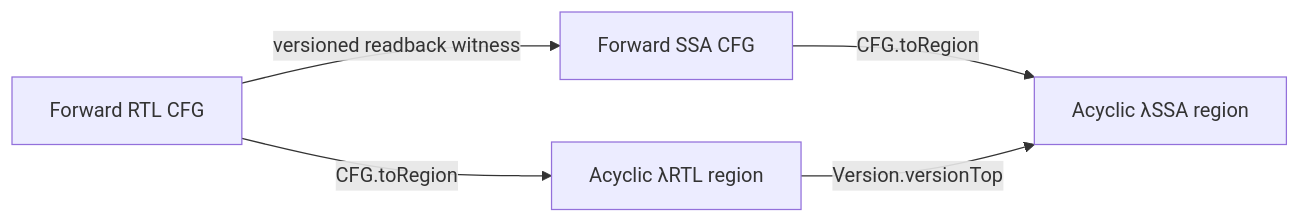
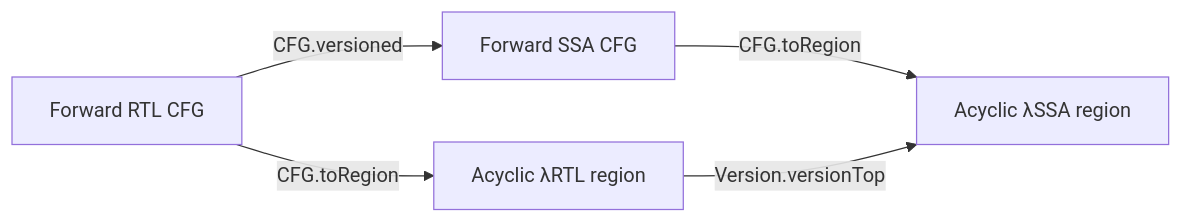
One commit to alethkit/silmaril-lean changed the diagram in docs/projects/lambda-iter-family.md. Above: the diagram before and after it, drawn with Mermaid. The commit also changed other lines of this file and 4 other files, not shown here.

Commit message:
Generate versioned SSA targets for forward flat CFGs (#3250)

````diff
--- a/docs/projects/lambda-iter-family.md
+++ b/docs/projects/lambda-iter-family.md
@@ -39,7 +39,7 @@
 ```mermaid
 flowchart LR
-  A["Forward RTL CFG"] -->|"versioned readback witness"| B["Forward SSA CFG"]
+  A["Forward RTL CFG"] -->|"CFG.versioned"| B["Forward SSA CFG"]
   A -->|"CFG.toRegion"| C["Acyclic λRTL region"]
   B -->|"CFG.toRegion"| D["Acyclic λSSA region"]
   C -->|"Version.versionTop"| D
 ```
````
